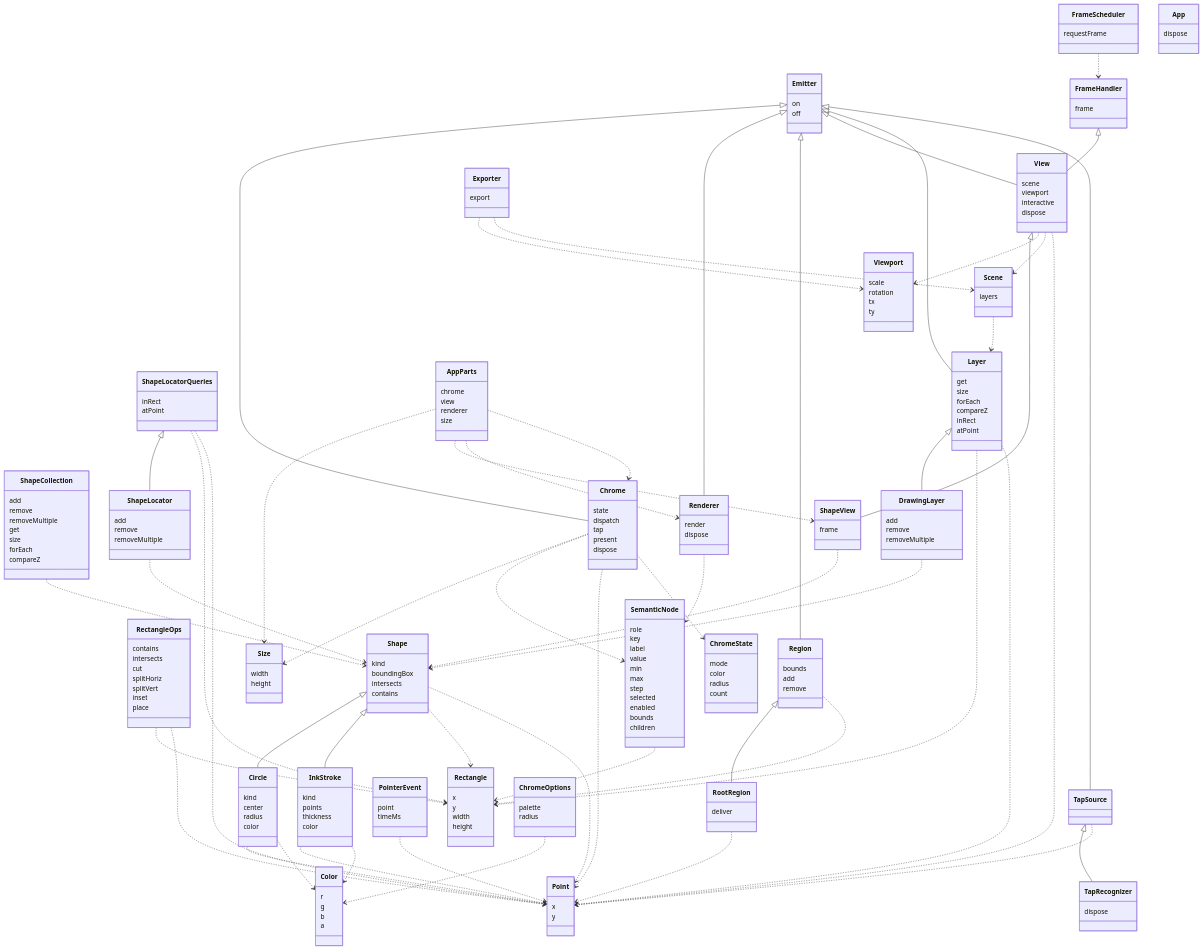
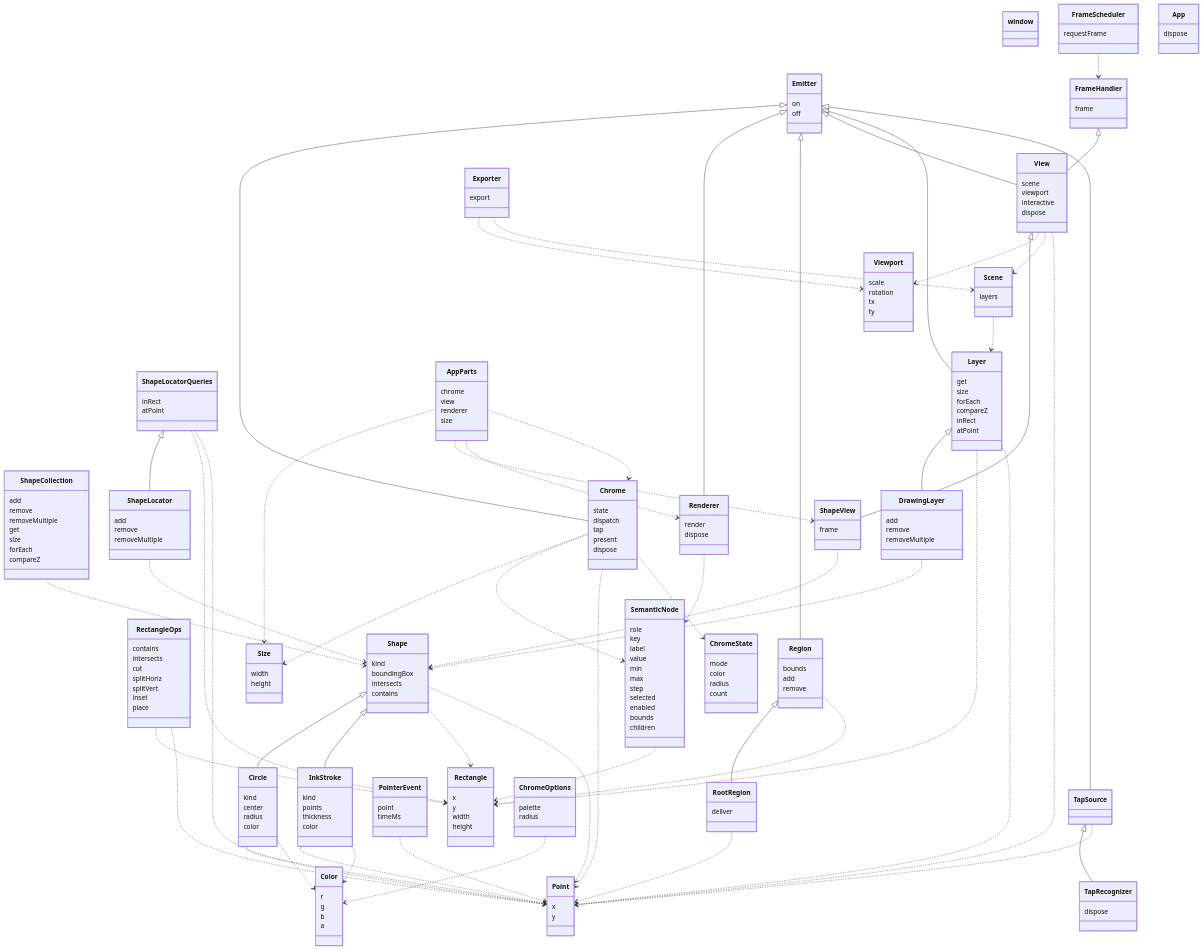
The diagram in ts/examples/modular/catalog.md (microsoft/TypeAgent), drawn with Mermaid before and after one commit. The commit also changed other lines of this file and 46 other files, not shown here.

````diff
--- a/ts/examples/modular/catalog.md
+++ b/ts/examples/modular/catalog.md
@@ -7,5 +7,7 @@
 ```mermaid
 classDiagram
+  class window {
+  }
   class Emitter {
     on
     off
````
